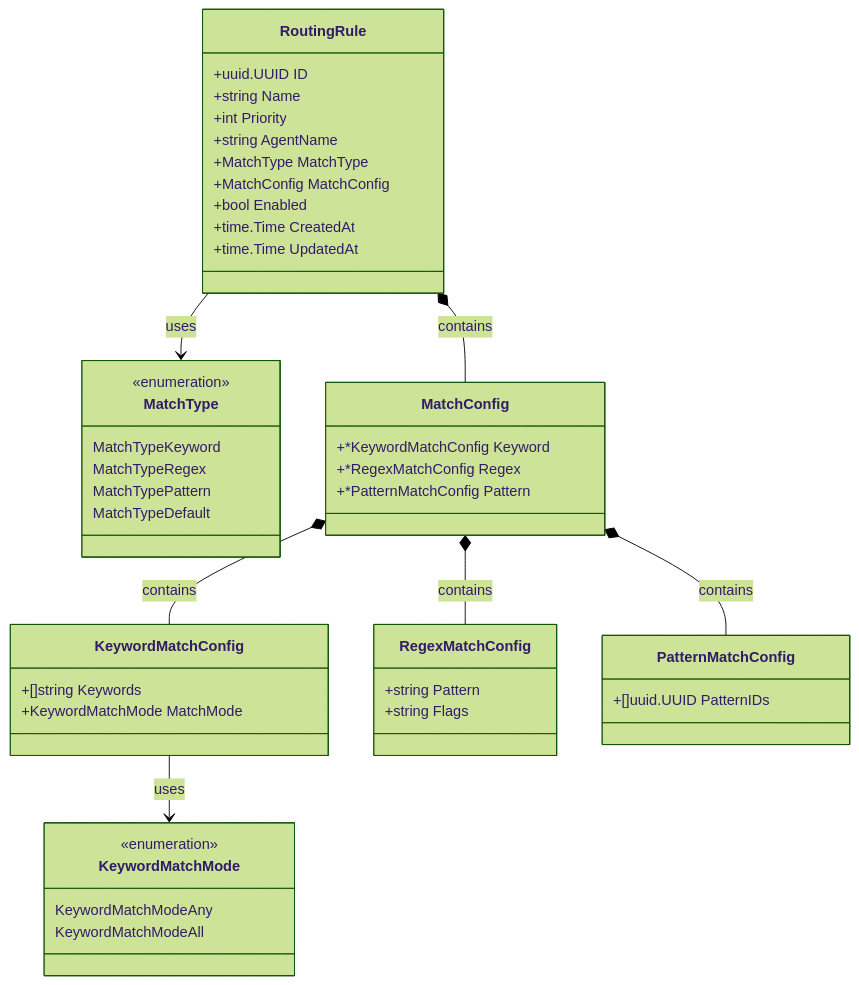
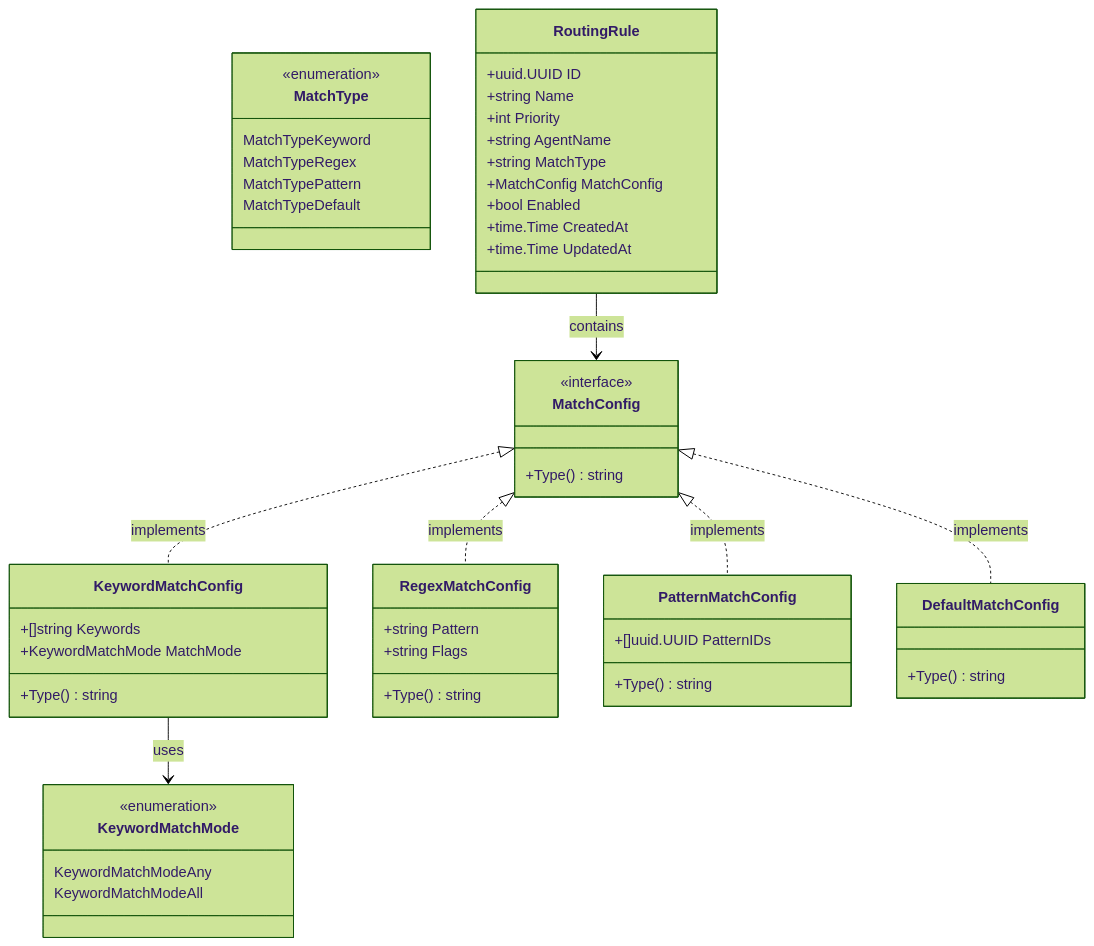
One commit to twistingmercury/mnemonic-mcp changed the fourth of 19 diagrams in docs/design/routing-engine.md. Above: the diagram before and after it, drawn with Mermaid (forest theme). The commit also changed other lines of this file and 17 other files, not shown here.

````diff
--- a/docs/design/routing-engine.md
+++ b/docs/design/routing-engine.md
@@ -215,55 +217,61 @@
 ```mermaid
 classDiagram
     class MatchType {
         <<enumeration>>
         MatchTypeKeyword
         MatchTypeRegex
         MatchTypePattern
         MatchTypeDefault
     }
 
     class RoutingRule {
         +uuid.UUID ID
         +string Name
         +int Priority
         +string AgentName
-        +MatchType MatchType
+        +string MatchType
         +MatchConfig MatchConfig
         +bool Enabled
         +time.Time CreatedAt
         +time.Time UpdatedAt
     }
 
     class MatchConfig {
-        +*KeywordMatchConfig Keyword
-        +*RegexMatchConfig Regex
-        +*PatternMatchConfig Pattern
+        <<interface>>
+        +Type() string
     }
 
     class KeywordMatchConfig {
         +[]string Keywords
         +KeywordMatchMode MatchMode
+        +Type() string
     }
 
     class KeywordMatchMode {
         <<enumeration>>
         KeywordMatchModeAny
         KeywordMatchModeAll
     }
 
     class RegexMatchConfig {
         +string Pattern
         +string Flags
+        +Type() string
     }
 
     class PatternMatchConfig {
         +[]uuid.UUID PatternIDs
+        +Type() string
     }
 
-    RoutingRule --> MatchType : uses
-    RoutingRule *-- MatchConfig : contains
-    MatchConfig *-- KeywordMatchConfig : contains
-    MatchConfig *-- RegexMatchConfig : contains
-    MatchConfig *-- PatternMatchConfig : contains
+    class DefaultMatchConfig {
+        +Type() string
+    }
+
+    RoutingRule --> MatchConfig : contains
+    MatchConfig <|.. KeywordMatchConfig : implements
+    MatchConfig <|.. RegexMatchConfig : implements
+    MatchConfig <|.. PatternMatchConfig : implements
+    MatchConfig <|.. DefaultMatchConfig : implements
     KeywordMatchConfig --> KeywordMatchMode : uses
 ```
````
